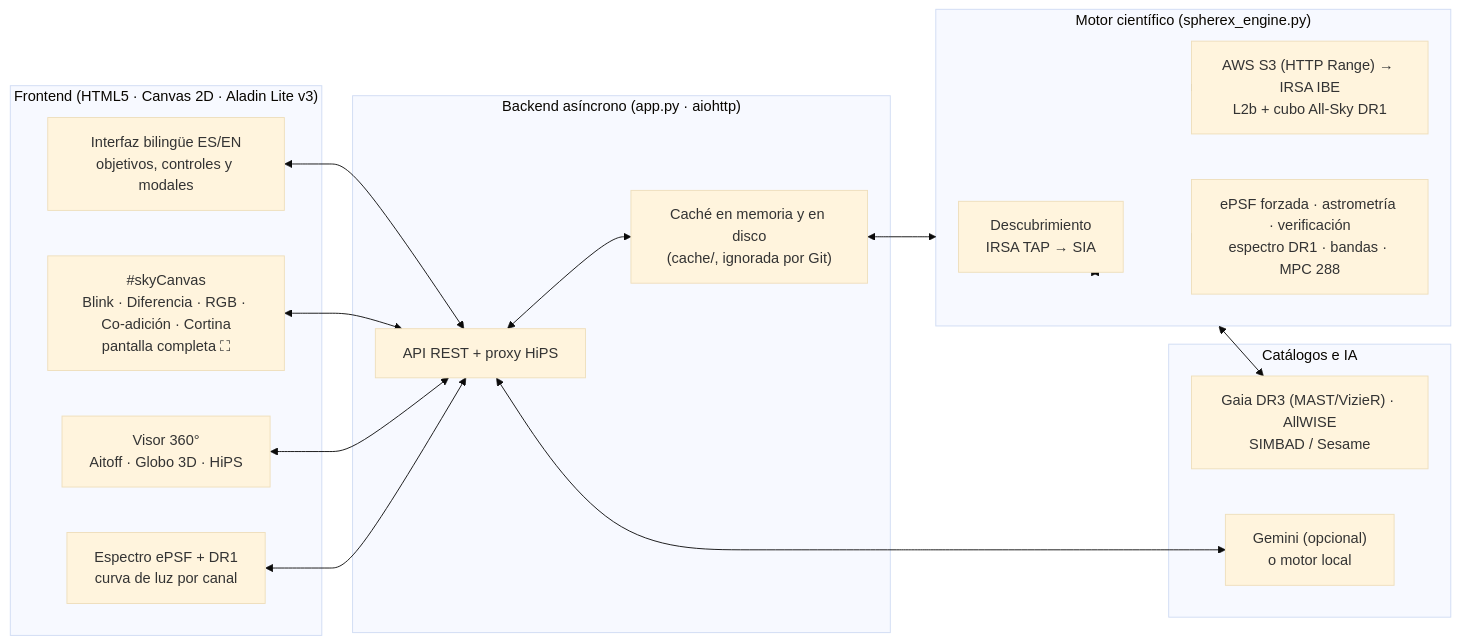
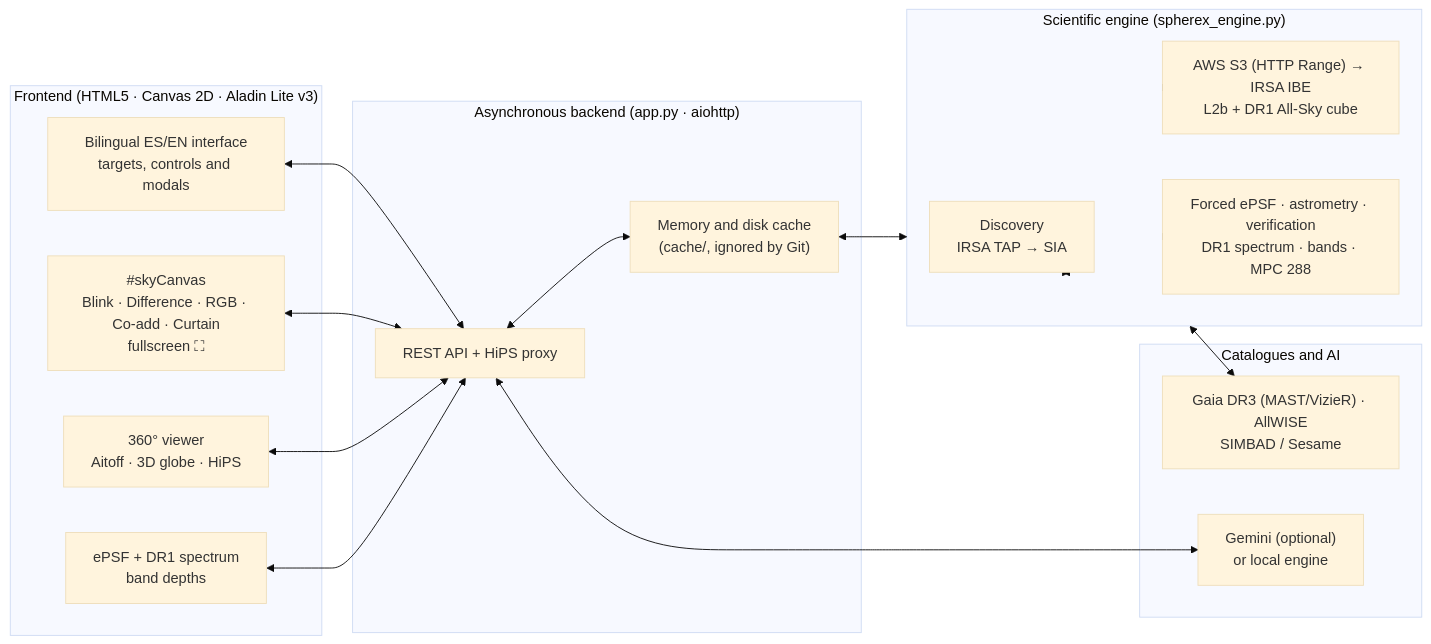
The diagram in README.md (AleMigMR/NASA-SPACE-APPS-SPHEREX-ZULIA), drawn with Mermaid (base theme) before and after one commit. The commit also changed other lines of this file and 21 other files, not shown here.

````diff
--- a/README.md
+++ b/README.md
@@ -94,37 +151,37 @@
 ```mermaid
 flowchart LR
     subgraph Client["Frontend (HTML5 · Canvas 2D · Aladin Lite v3)"]
-        UI["Interfaz bilingüe ES/EN<br/>objetivos, controles y modales"]
-        Canvas["#skyCanvas<br/>Blink · Diferencia · RGB · Co-adición · Cortina<br/>pantalla completa ⛶"]
-        Universe["Visor 360°<br/>Aitoff · Globo 3D · HiPS"]
-        Spec["Espectro ePSF + DR1<br/>curva de luz por canal"]
+        UI["Bilingual ES/EN interface<br/>targets, controls and modals"]
+        Canvas["#skyCanvas<br/>Blink · Difference · RGB · Co-add · Curtain<br/>fullscreen ⛶"]
+        Universe["360° viewer<br/>Aitoff · 3D globe · HiPS"]
+        Spec["ePSF + DR1 spectrum<br/>band depths"]
     end
 
-    subgraph Server["Backend asíncrono (app.py · aiohttp)"]
-        API["API REST + proxy HiPS"]
-        Cache["Caché en memoria y en disco<br/>(cache/, ignorada por Git)"]
+    subgraph Server["Asynchronous backend (app.py · aiohttp)"]
+        API["REST API + HiPS proxy"]
+        Cache["Memory and disk cache<br/>(cache/, ignored by Git)"]
     end
 
-    subgraph Engine["Motor científico (spherex_engine.py)"]
-        Disc["Descubrimiento<br/>IRSA TAP → SIA"]
-        S3["AWS S3 (HTTP Range) → IRSA IBE<br/>L2b + cubo All-Sky DR1"]
-        Phot["ePSF forzada · astrometría · verificación<br/>espectro DR1 · bandas · MPC 288"]
+    subgraph Engine["Scientific engine (spherex_engine.py)"]
+        Disc["Discovery<br/>IRSA TAP → SIA"]
+        S3["AWS S3 (HTTP Range) → IRSA IBE<br/>L2b + DR1 All-Sky cube"]
+        Phot["Forced ePSF · astrometry · verification<br/>DR1 spectrum · bands · MPC 288"]
     end
 
-    subgraph External["Catálogos e IA"]
+    subgraph External["Catalogues and AI"]
         Cat["Gaia DR3 (MAST/VizieR) · AllWISE<br/>SIMBAD / Sesame"]
-        AI["Gemini (opcional)<br/>o motor local"]
+        AI["Gemini (optional)<br/>or local engine"]
     end
 
     UI <--> API
     Canvas <--> API
     Universe <--> API
     Spec <--> API
     API <--> Cache
     Cache <--> Engine
     Engine <--> Disc
     Engine <--> S3
     Engine --> Phot
     Engine <--> Cat
     API <--> AI
 ```
````
